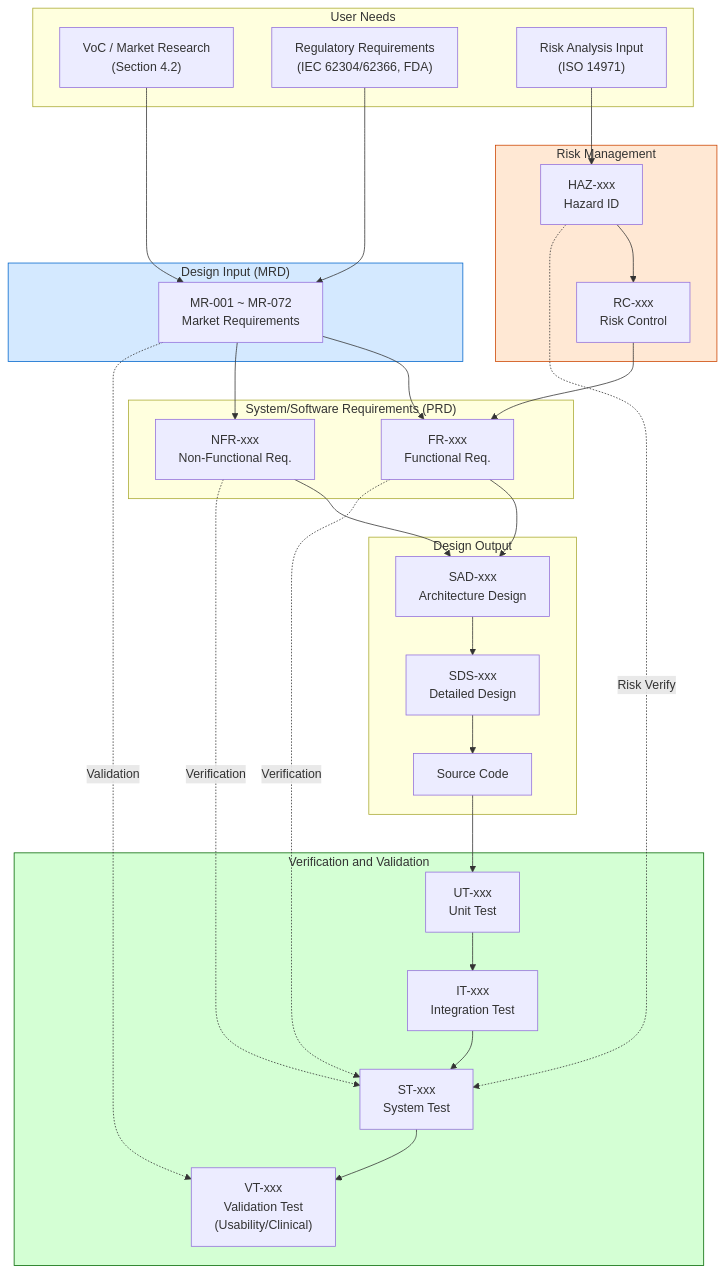
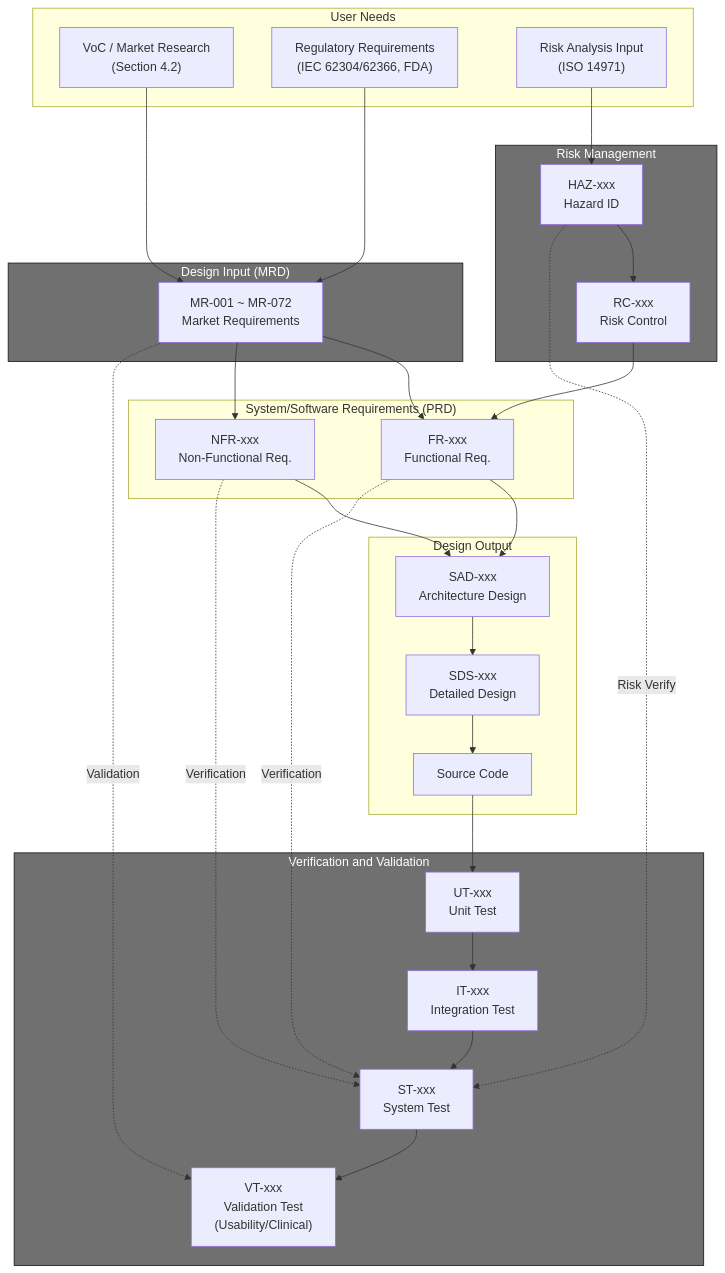
Before and after one commit to holee9/console-gui: the fourth of 7 diagrams in docs/planning/DOC-001_MRD_v3.0.md, drawn with Mermaid. The commit also changed other lines of this file, not shown here.

````diff
--- a/docs/planning/DOC-001_MRD_v3.0.md
+++ b/docs/planning/DOC-001_MRD_v3.0.md
@@ -543,59 +543,59 @@
 ```mermaid
 flowchart TD
     subgraph UN["User Needs"]
         VoC["VoC / Market Research\n(Section 4.2)"]
         Reg["Regulatory Requirements\n(IEC 62304/62366, FDA)"]
         Risk0["Risk Analysis Input\n(ISO 14971)"]
     end
 
     subgraph DI["Design Input (MRD)"]
         MR["MR-001 ~ MR-072\nMarket Requirements"]
     end
 
     subgraph SyRS_PRD["System/Software Requirements (PRD)"]
         FR["FR-xxx\nFunctional Req."]
         NFR["NFR-xxx\nNon-Functional Req."]
     end
 
     subgraph DO["Design Output"]
         SAD["SAD-xxx\nArchitecture Design"]
         SDS["SDS-xxx\nDetailed Design"]
         Code["Source Code"]
     end
 
     subgraph VV["Verification and Validation"]
         UT["UT-xxx\nUnit Test"]
         IT["IT-xxx\nIntegration Test"]
         ST["ST-xxx\nSystem Test"]
         VT["VT-xxx\nValidation Test\n(Usability/Clinical)"]
     end
 
     subgraph RM["Risk Management"]
         HAZ["HAZ-xxx\nHazard ID"]
         RC["RC-xxx\nRisk Control"]
     end
 
     VoC --> MR
     Reg --> MR
     Risk0 --> HAZ
     MR --> FR
     MR --> NFR
     HAZ --> RC
     RC --> FR
     FR --> SAD
     NFR --> SAD
     SAD --> SDS
     SDS --> Code
     Code --> UT
     UT --> IT
     IT --> ST
     ST --> VT
     FR -.->|Verification| ST
     NFR -.->|Verification| ST
     MR -.->|Validation| VT
     HAZ -.->|Risk Verify| ST
 
-    style DI fill:#D4E9FF,stroke:#0066CC
-    style VV fill:#D4FFD4,stroke:#006600
-    style RM fill:#FFE8D4,stroke:#CC4400
+    style DI fill:#707070,stroke:#111111,color:#FFFFFF
+    style VV fill:#707070,stroke:#111111,color:#FFFFFF
+    style RM fill:#707070,stroke:#111111,color:#FFFFFF
 ```
````
